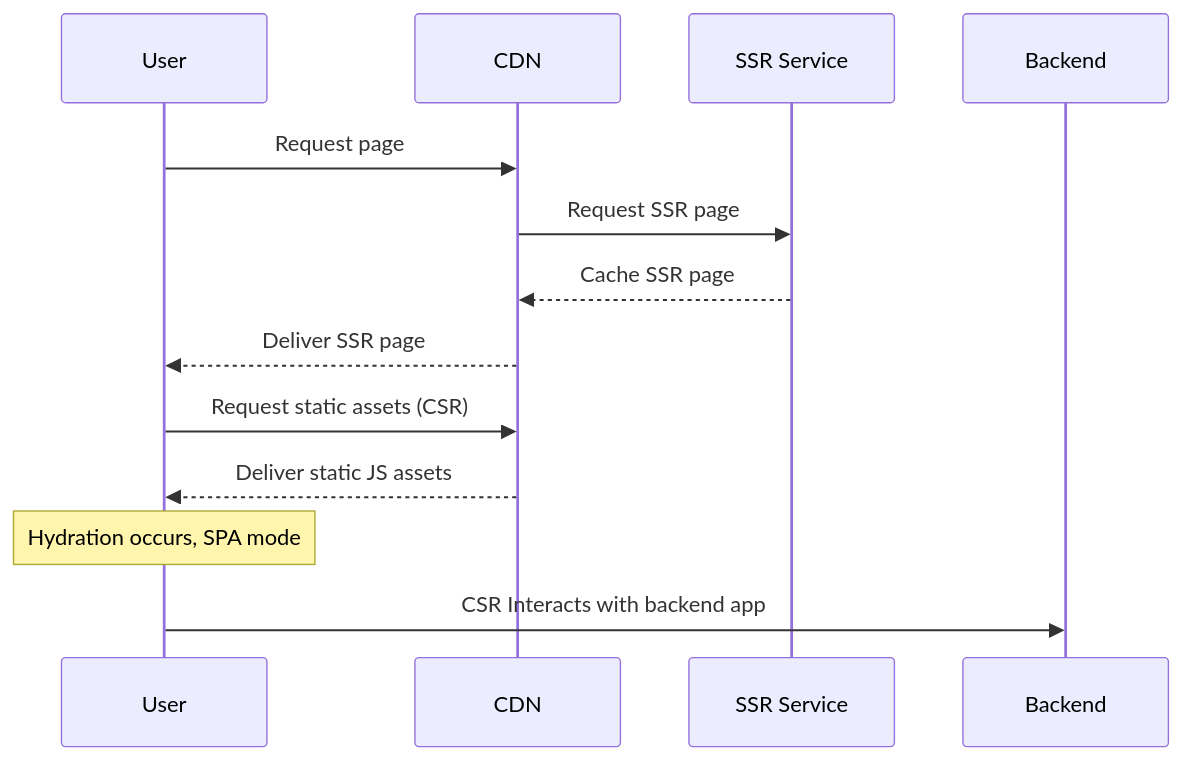
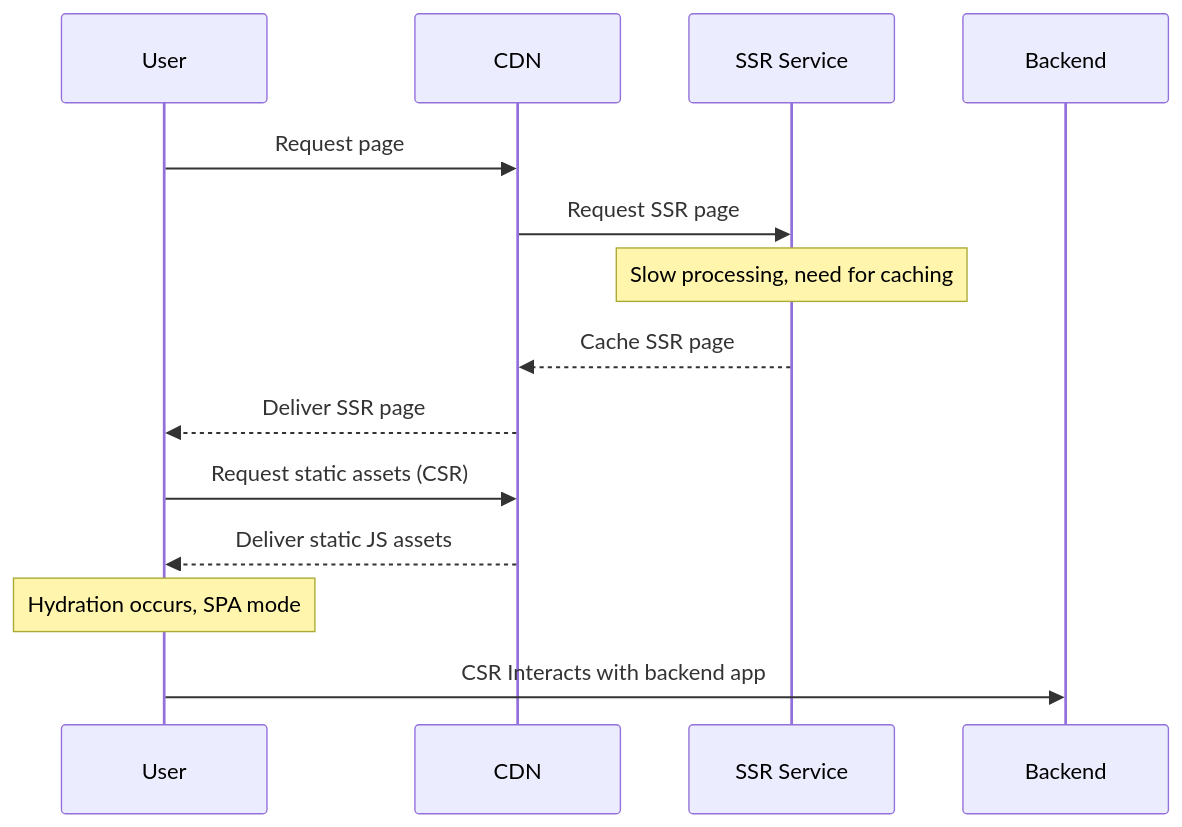
One commit to spryker/spryker-docs changed the diagram in _drafts/oryx/ssr.md. Above: the diagram before and after it, drawn with Mermaid. The commit also changed other lines of this file, not shown here.

````diff
--- a/_drafts/oryx/ssr.md
+++ b/_drafts/oryx/ssr.md
@@ -70,16 +59,18 @@
 ```mermaid
 sequenceDiagram
-  participant User
-  participant CDN
-  participant SSR Service
-  participant Backend
-  
-  User->>CDN: Request page
+    participant User
+    participant CDN
+    participant SSR Service
+    participant Backend
+
+    User->>CDN: Request page
     CDN->>SSR Service: Request SSR page
+    Note over SSR Service: Slow processing, need for caching
     SSR Service-->>CDN: Cache SSR page
-  CDN-->>User: Deliver SSR page
-  User->>CDN: Request static assets (CSR)
-  CDN-->>User: Deliver static JS assets
-  Note over User: Hydration occurs, SPA mode
-  User->>Backend: CSR Interacts with backend app
+    CDN-->>User: Deliver SSR page
+    User->>CDN: Request static assets (CSR)
+    CDN-->>User: Deliver static JS assets
+    Note over User: Hydration occurs, SPA mode
+    User->>Backend: CSR Interacts with backend app
+
 ```
````
